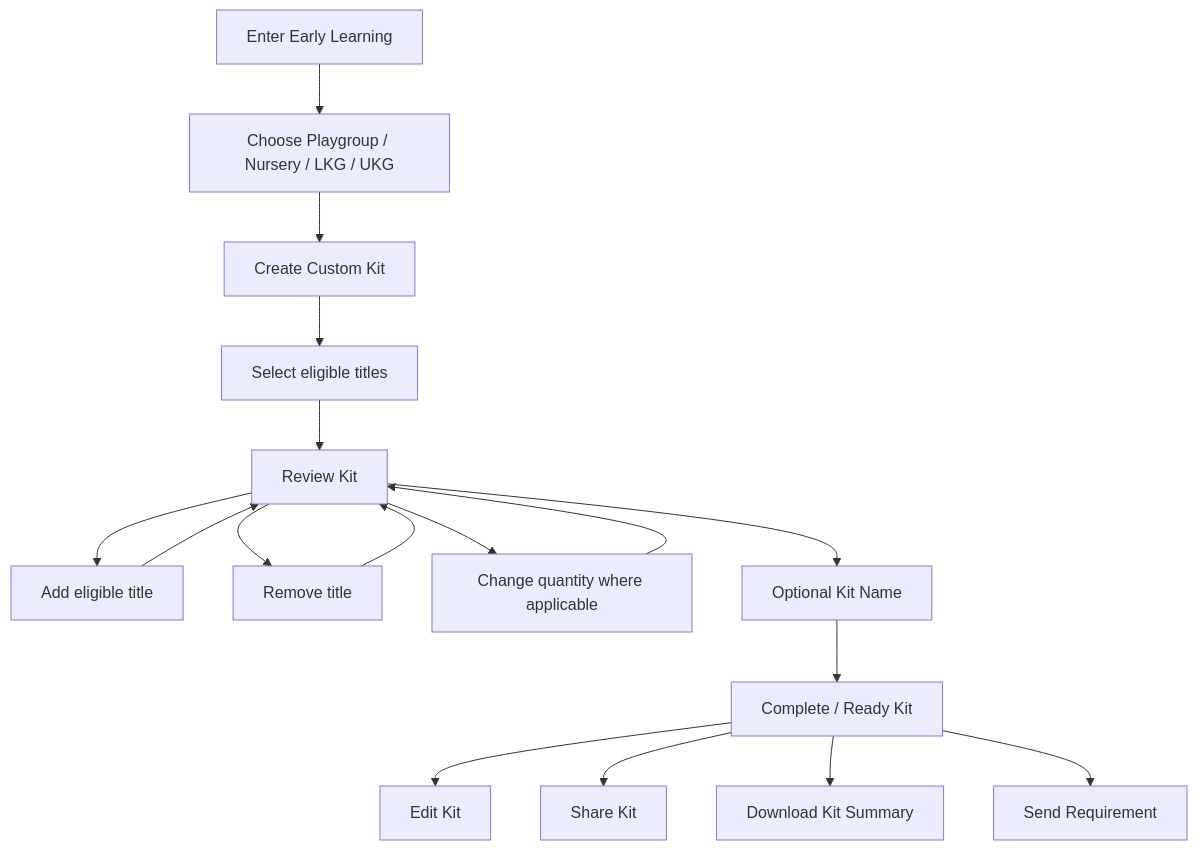
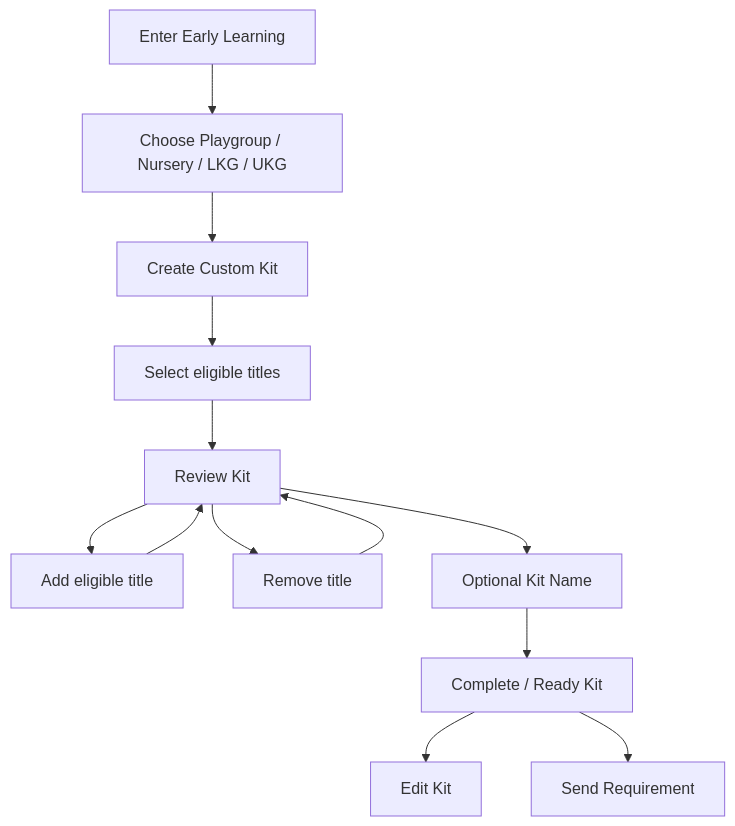
The fifth of 6 diagrams in docs/03-user-flows.md (cpcbooks/digital-catalogue), drawn with Mermaid before and after one commit. The commit also changed other lines of this file and 11 other files, not shown here.

````diff
--- a/docs/03-user-flows.md
+++ b/docs/03-user-flows.md
@@ -105,19 +106,15 @@
 ```mermaid
 flowchart TD
   EL[Enter Early Learning] --> ST[Choose Playgroup / Nursery / LKG / UKG]
   ST --> CK[Create Custom Kit]
   CK --> SE[Select eligible titles]
   SE --> RK[Review Kit]
   RK --> AD[Add eligible title]
   RK --> RM[Remove title]
-  RK --> Q[Change quantity where applicable]
   RK --> N[Optional Kit Name]
   AD --> RK
   RM --> RK
-  Q --> RK
   N --> READY[Complete / Ready Kit]
   READY --> EDIT[Edit Kit]
-  READY --> SHARE[Share Kit]
-  READY --> DL[Download Kit Summary]
   READY --> SR[Send Requirement]
 ```
````
